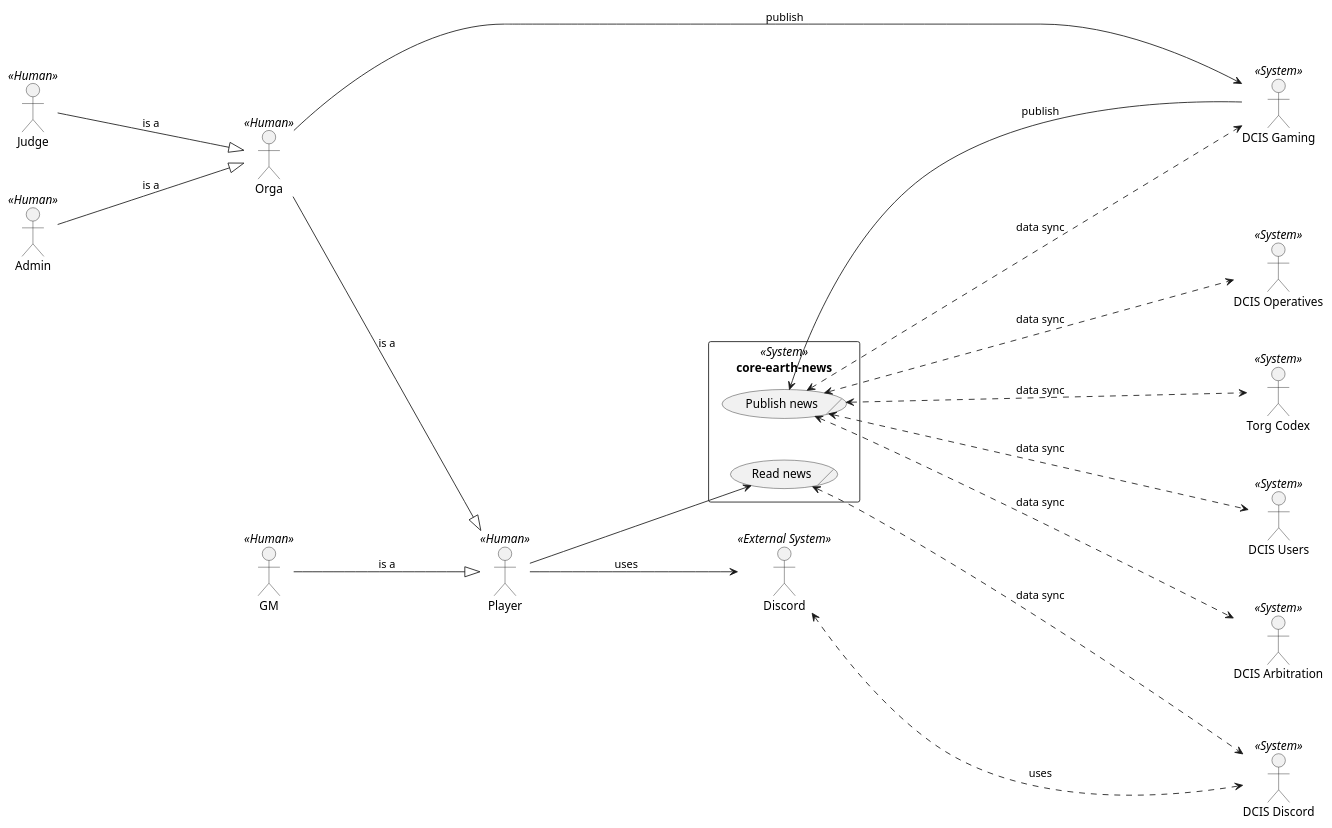
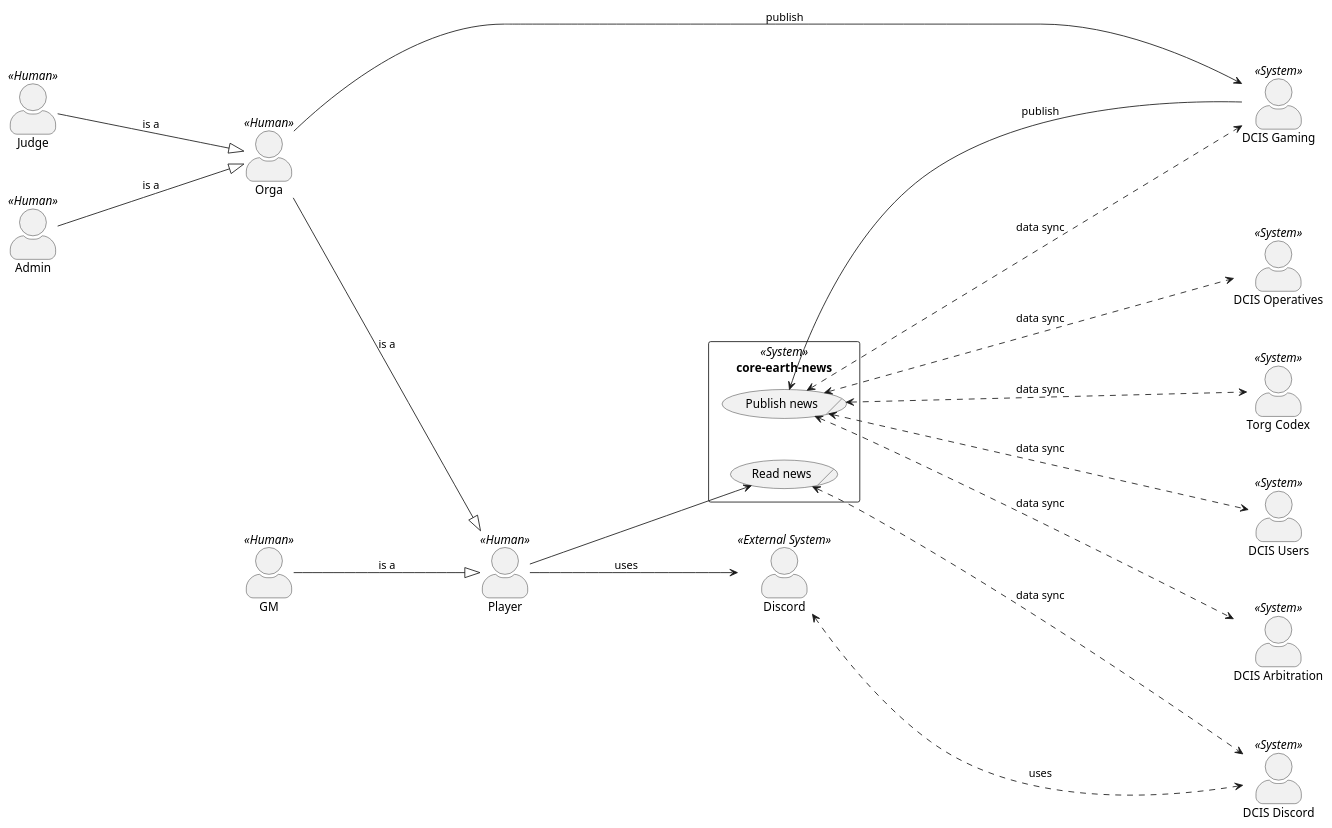
The diagram in src/main/docs/architecture/modules/arc42/pages/05_building_block_view/level_1/core-earth-news.adoc (Paladins-Inn/torganized-play-architecture), drawn with PlantUML before and after one commit. The commit also changed 3 other files, not shown here.

```diff
--- a/src/main/docs/architecture/modules/arc42/pages/05_building_block_view/level_1/core-earth-news.adoc
+++ b/src/main/docs/architecture/modules/arc42/pages/05_building_block_view/level_1/core-earth-news.adoc
@@ -11,52 +11,53 @@
 [plantuml,use-cases-core-earth-news,svg]
 ----
 @startuml
 left to right direction
+skinparam actorStyle awesome
 skinparam nodesep 50
 skinparam ranksep 200
 
 together {
   Player << Human >> as user
   GM << Human >> as gm
   :Discord: as discord << External System >>
 }
 
 together {
   Judge << Human >> as judge
   Orga << Human >> as orga
   Admin << Human >> as admin
 }
 
 gm --|> user : is a
 orga --|> user : is a
 
 judge --|> orga : is a
 admin --|> orga : is a
 
 rectangle :core-earth-news: as cen << System >> {
   usecase (Read news)/ as ucRead
   usecase (Publish news)/ as ucPublish
 }
 
 :DCIS Users: as dcisUsers << System >>
 :DCIS Operatives: as dcisOperatives << System >>
 :DCIS Gaming: as dcisGaming << System >>
 :Torg Codex: as codex << System>>
 :DCIS Arbitration: as dcisArbitration << System>>
 :DCIS Discord: as dcisDiscord << System >>
 
 user --> discord : uses
 discord <-.-> dcisDiscord : uses
 
 user --> ucRead
 orga --> dcisGaming : publish
 ucPublish <-- dcisGaming : publish
 
 ucRead <-.-> dcisDiscord : data sync
 ucPublish <-.-> dcisUsers : data sync
 ucPublish <-.-> dcisOperatives : data sync
 ucPublish <-.-> dcisGaming : data sync
 ucPublish <-.-> codex : data sync
 ucPublish <-.-> dcisArbitration : data sync
 @enduml
 ----
```
